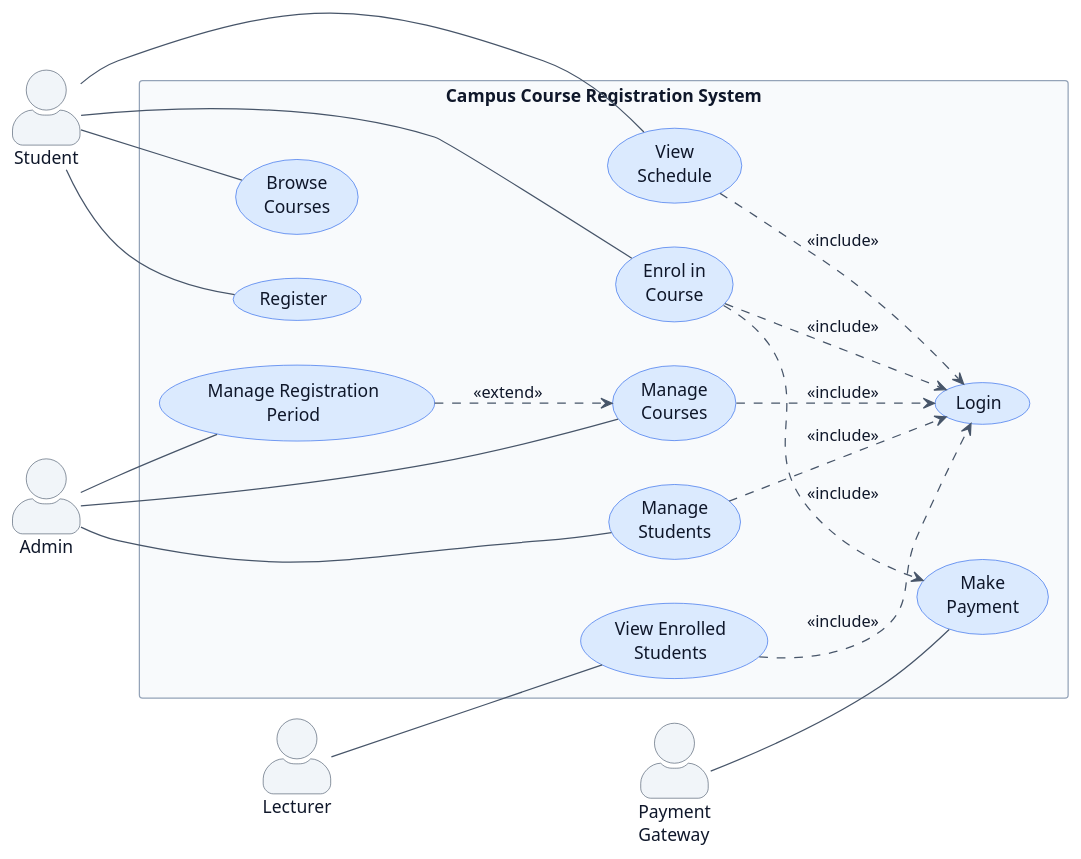
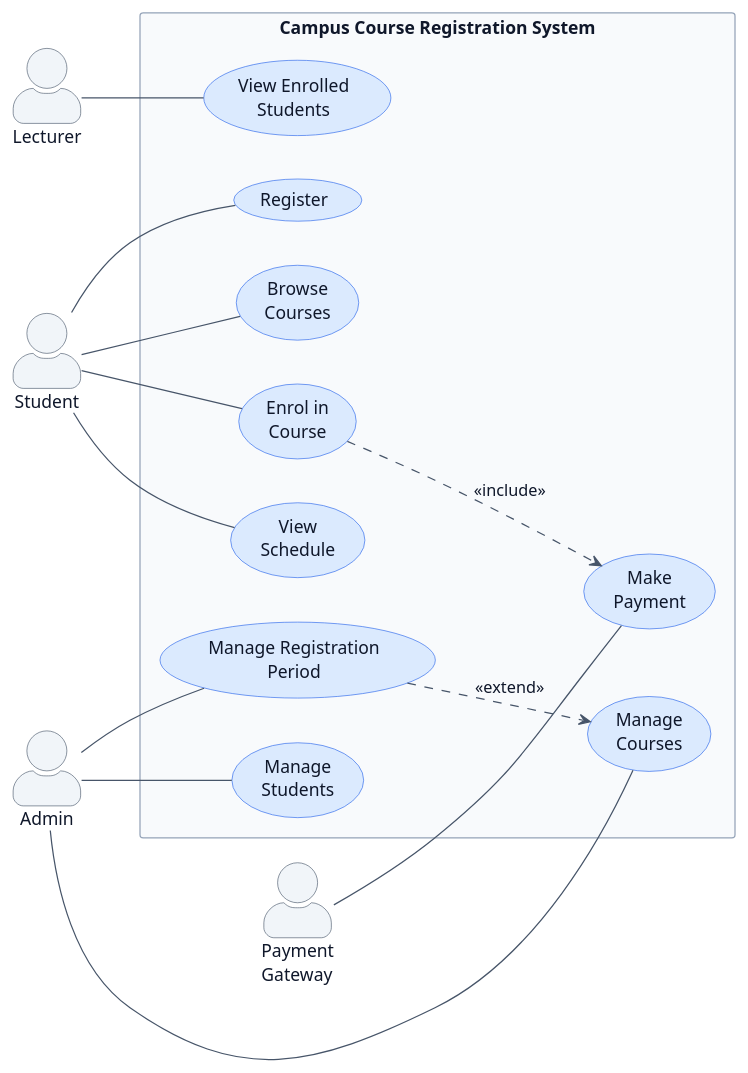
One commit to se-polinema/se-polinema.github.io changed the first of 2 diagrams in src/content/blog/uml-series-part-1-introduction-use-case.md. Above: the diagram before and after it, drawn with PlantUML. The commit also changed other lines of this file and 8 other files, not shown here.

````diff
--- a/src/content/blog/uml-series-part-1-introduction-use-case.md
+++ b/src/content/blog/uml-series-part-1-introduction-use-case.md
@@ -296,62 +282,56 @@
 ```plantuml
 @startuml
 left to right direction
 skinparam backgroundColor #FFFFFF
 skinparam actorStyle awesome
 skinparam usecase {
   BackgroundColor #dbeafe
   BorderColor #2563eb
   FontColor #0f172a
 }
 skinparam actor {
   BackgroundColor #f1f5f9
   BorderColor #475569
   FontColor #0f172a
 }
 skinparam rectangle {
   BackgroundColor #f8fafc
   BorderColor #94a3b8
   FontColor #0f172a
 }
 skinparam arrow {
   Color #475569
   FontColor #0f172a
 }
 
 actor "Student" as Student
 actor "Lecturer" as Lecturer
 actor "Admin" as Admin
 actor "Payment\nGateway" as PG
 
 rectangle "Campus Course Registration System" {
   usecase "Register" as UC1
-  usecase "Login" as UC2
   usecase "Browse\nCourses" as UC3
   usecase "Enrol in\nCourse" as UC4
   usecase "View\nSchedule" as UC5
   usecase "Make\nPayment" as UC6
   usecase "Manage\nCourses" as UC7
   usecase "Manage\nStudents" as UC8
   usecase "Manage Registration\nPeriod" as UC9
   usecase "View Enrolled\nStudents" as UC10
 }
 
 Student -- UC1
 Student -- UC3
 Student -- UC4
 Student -- UC5
 Admin -- UC7
 Admin -- UC8
 Admin -- UC9
 Lecturer -- UC10
 PG -- UC6
 
-UC4 ..> UC2 : <<include>>
 UC4 ..> UC6 : <<include>>
-UC5 ..> UC2 : <<include>>
-UC7 ..> UC2 : <<include>>
-UC8 ..> UC2 : <<include>>
-UC10 ..> UC2 : <<include>>
 UC9 ..> UC7 : <<extend>>
 @enduml
 ```
````
